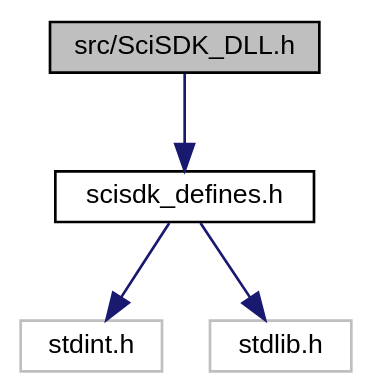
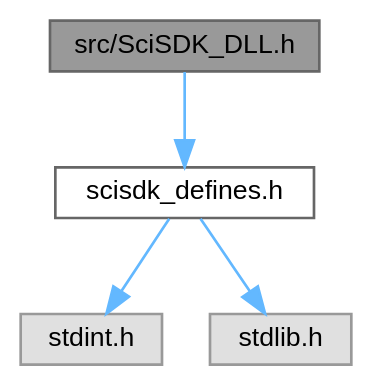
The diagram in _sci_s_d_k___d_l_l_8h__incl.dot (NuclearInstruments/SCISDK), drawn with Graphviz before and after one commit. The commit also changed 438 other files, not shown here.

```diff
--- a/_sci_s_d_k___d_l_l_8h__incl.dot
+++ b/_sci_s_d_k___d_l_l_8h__incl.dot
@@ -1,14 +1,14 @@
 digraph "src/SciSDK_DLL.h"
 {
  // LATEX_PDF_SIZE
   bgcolor="transparent";
-  edge [fontname="Helvetica",fontsize="10",labelfontname="Helvetica",labelfontsize="10"];
-  node [fontname="Helvetica",fontsize="10",shape=record];
-  Node1 [label="src/SciSDK_DLL.h",height=0.2,width=0.4,color="black", fillcolor="grey75", style="filled", fontcolor="black",tooltip=" "];
-  Node1 -> Node2 [color="midnightblue",fontsize="10",style="solid",fontname="Helvetica"];
-  Node2 [label="scisdk_defines.h",height=0.2,width=0.4,color="black",URL="$scisdk__defines_8h.html",tooltip=" "];
-  Node2 -> Node3 [color="midnightblue",fontsize="10",style="solid",fontname="Helvetica"];
-  Node3 [label="stdint.h",height=0.2,width=0.4,color="grey75",tooltip=" "];
-  Node2 -> Node4 [color="midnightblue",fontsize="10",style="solid",fontname="Helvetica"];
-  Node4 [label="stdlib.h",height=0.2,width=0.4,color="grey75",tooltip=" "];
+  edge [fontname=Helvetica,fontsize=10,labelfontname=Helvetica,labelfontsize=10];
+  node [fontname=Helvetica,fontsize=10,shape=box,height=0.2,width=0.4];
+  Node1 [id="Node000001",label="src/SciSDK_DLL.h",height=0.2,width=0.4,color="gray40", fillcolor="grey60", style="filled", fontcolor="black",tooltip=" "];
+  Node1 -> Node2 [id="edge1_Node000001_Node000002",color="steelblue1",style="solid",tooltip=" "];
+  Node2 [id="Node000002",label="scisdk_defines.h",height=0.2,width=0.4,color="grey40", fillcolor="white", style="filled",URL="$scisdk__defines_8h.html",tooltip=" "];
+  Node2 -> Node3 [id="edge2_Node000002_Node000003",color="steelblue1",style="solid",tooltip=" "];
+  Node3 [id="Node000003",label="stdint.h",height=0.2,width=0.4,color="grey60", fillcolor="#E0E0E0", style="filled",tooltip=" "];
+  Node2 -> Node4 [id="edge3_Node000002_Node000004",color="steelblue1",style="solid",tooltip=" "];
+  Node4 [id="Node000004",label="stdlib.h",height=0.2,width=0.4,color="grey60", fillcolor="#E0E0E0", style="filled",tooltip=" "];
 }
```
